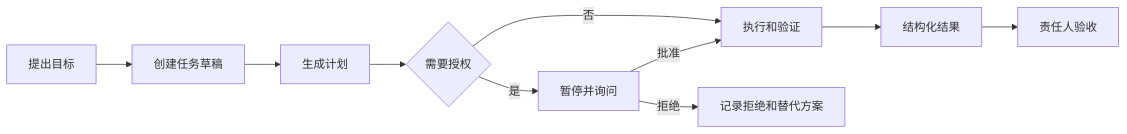
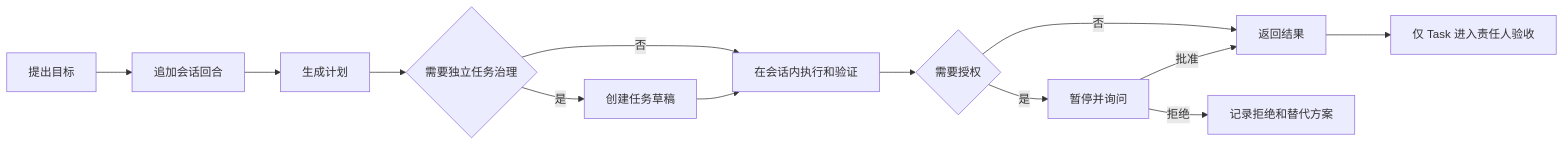
Before and after one commit to liu629711-spec/Magic: the third of 6 diagrams in docs/01-产品/PRD-02-代理与CEO工作方式.md, drawn with Mermaid. The commit also changed other lines of this file and 66 other files, not shown here.

````diff
--- a/docs/01-产品/PRD-02-代理与CEO工作方式.md
+++ b/docs/01-产品/PRD-02-代理与CEO工作方式.md
@@ -101,12 +101,15 @@
 ```mermaid
 flowchart LR
-  A[提出目标] --> B[创建任务草稿]
+  A[提出目标] --> B[追加会话回合]
   B --> C[生成计划]
-  C --> D{需要授权}
-  D -->|是| E[暂停并询问]
-  D -->|否| F[执行和验证]
-  E -->|批准| F
-  E -->|拒绝| G[记录拒绝和替代方案]
-  F --> H[结构化结果]
-  H --> I[责任人验收]
+  C --> D{需要独立任务治理}
+  D -->|是| E[创建任务草稿]
+  D -->|否| F[在会话内执行和验证]
+  E --> F
+  F --> G{需要授权}
+  G -->|是| H[暂停并询问]
+  G -->|否| I[返回结果]
+  H -->|批准| I
+  H -->|拒绝| J[记录拒绝和替代方案]
+  I --> K[仅 Task 进入责任人验收]
 ```
````
